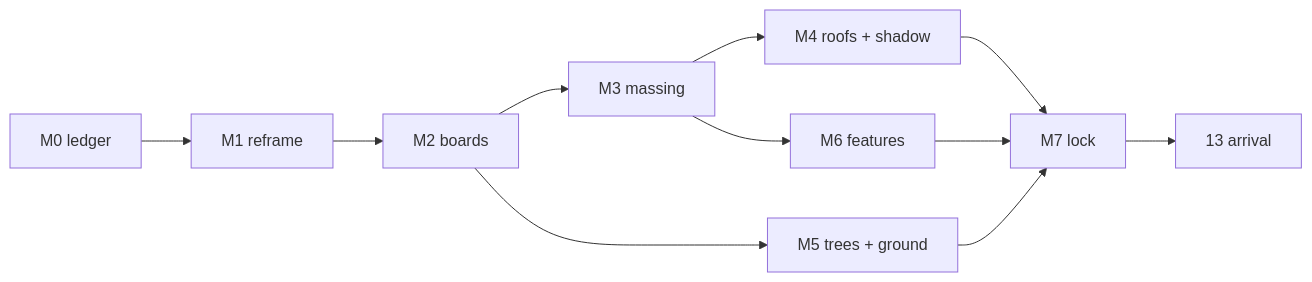
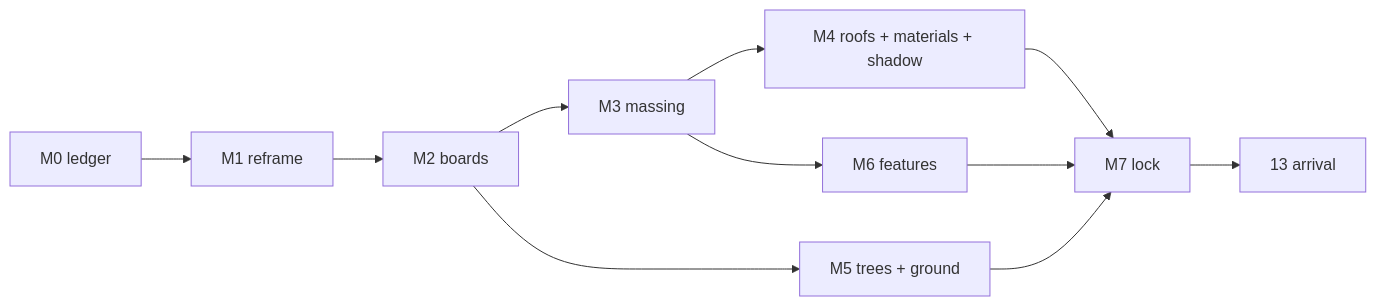
Before and after one commit to creativedexy/spatial-art-lab: the diagram in plans/phase-12-2045-model.md, drawn with Mermaid. The commit also changed other lines of this file and 2 other files, not shown here.

````diff
--- a/plans/phase-12-2045-model.md
+++ b/plans/phase-12-2045-model.md
@@ -208,11 +244,11 @@
 ```mermaid
 flowchart LR
     M0[M0 ledger] --> M1[M1 reframe] --> M2[M2 boards] --> M3[M3 massing]
-    M3 --> M4[M4 roofs + shadow]
+    M3 --> M4[M4 roofs + materials + shadow]
     M2 --> M5[M5 trees + ground]
     M3 --> M6[M6 features]
     M4 --> M7[M7 lock]
     M5 --> M7
     M6 --> M7
     M7 --> P13[13 arrival]
 ```
````
